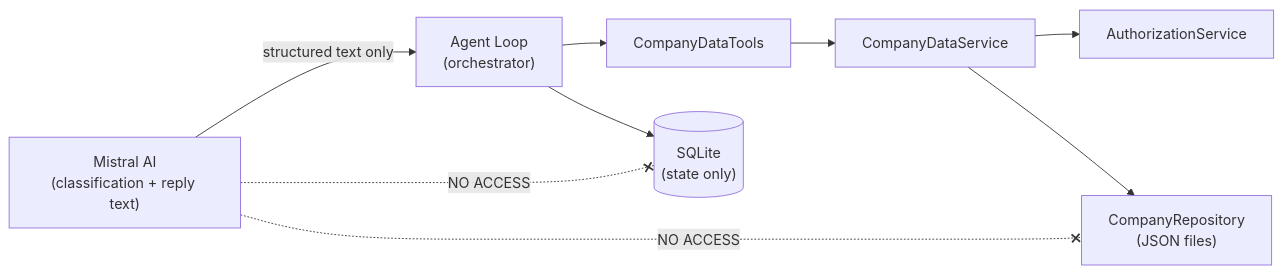
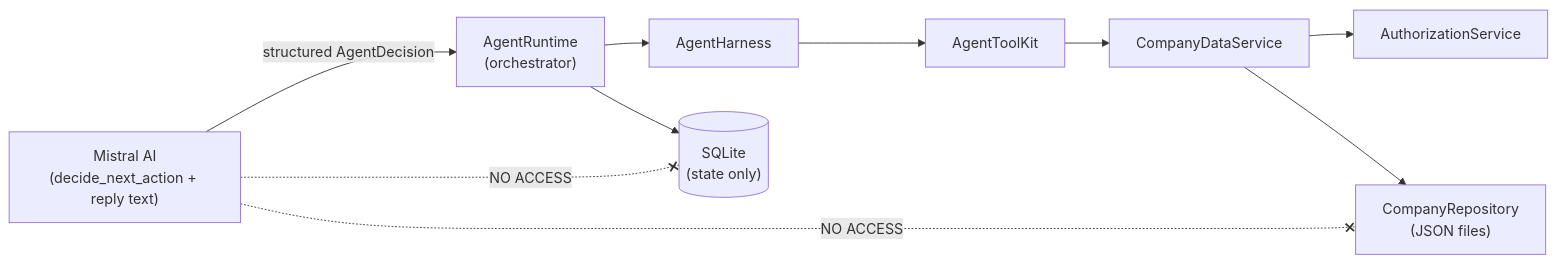
Before and after one commit to Nisarg9072-god/Email-Agent: the third of 9 diagrams in README.md, drawn with Mermaid. The commit also changed other lines of this file and 5 other files, not shown here.

````diff
--- a/README.md
+++ b/README.md
@@ -383,20 +388,22 @@
 ```mermaid
 flowchart LR
-    Mistral["Mistral AI<br/>(classification + reply text)"]
-    AgentLoop["Agent Loop<br/>(orchestrator)"]
-    Tools["CompanyDataTools"]
+    Mistral["Mistral AI<br/>(decide_next_action + reply text)"]
+    Runtime["AgentRuntime<br/>(orchestrator)"]
+    Harness["AgentHarness"]
+    Tools["AgentToolKit"]
     Service["CompanyDataService"]
     Auth["AuthorizationService"]
     Repo["CompanyRepository<br/>(JSON files)"]
     DB[("SQLite<br/>(state only)")]
 
-    Mistral -->|"structured text only"| AgentLoop
-    AgentLoop --> Tools
+    Mistral -->|"structured AgentDecision"| Runtime
+    Runtime --> Harness
+    Harness --> Tools
     Tools --> Service
     Service --> Auth
     Service --> Repo
-    AgentLoop --> DB
+    Runtime --> DB
 
     Mistral -.-x|"NO ACCESS"| DB
     Mistral -.-x|"NO ACCESS"| Repo
 ```
````
